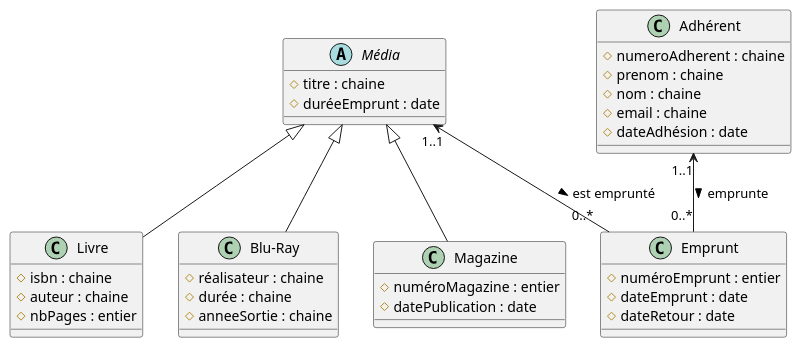
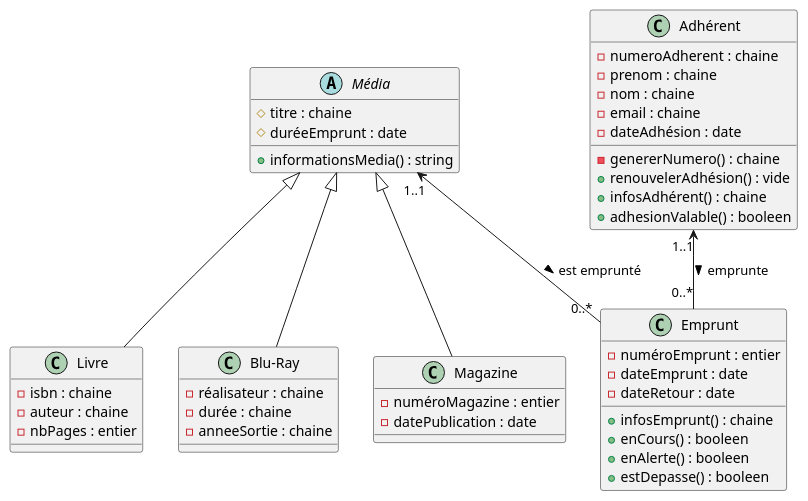
The diagram in documentation/diagrammeDeClasse.puml (thogio8/php-bibliotheque), drawn with PlantUML before and after one commit. The commit also changed 3 other files, not shown here.

```diff
--- a/documentation/diagrammeDeClasse.puml
+++ b/documentation/diagrammeDeClasse.puml
@@ -1,46 +1,55 @@
 @startuml
 
 abstract class "Média" as M{
     # titre : chaine
     # duréeEmprunt : date
+    + informationsMedia() : string
 }
 
 class "Livre" as L{
-    # isbn : chaine
-    # auteur : chaine
-    # nbPages : entier
+    - isbn : chaine
+    - auteur : chaine
+    - nbPages : entier
 }
 
 class "Blu-Ray" as BR{
-    # réalisateur : chaine
-    # durée : chaine
-    # anneeSortie : chaine
+    - réalisateur : chaine
+    - durée : chaine
+    - anneeSortie : chaine
 }
 
 class "Magazine" as Ma{
-    # numéroMagazine : entier
-    # datePublication : date
+    - numéroMagazine : entier
+    - datePublication : date
 }
 
 class "Adhérent" as A{
-    # numeroAdherent : chaine
-    # prenom : chaine
-    # nom : chaine
-    # email : chaine
-    # dateAdhésion : date
+    - numeroAdherent : chaine
+    - prenom : chaine
+    - nom : chaine
+    - email : chaine
+    - dateAdhésion : date
+    - genererNumero() : chaine
+    + renouvelerAdhésion() : vide
+    + infosAdhérent() : chaine
+    + adhesionValable() : booleen
 }
 
 class "Emprunt" as E{
-    # numéroEmprunt : entier
-    # dateEmprunt : date
-    # dateRetour : date
+    - numéroEmprunt : entier
+    - dateEmprunt : date
+    - dateRetour : date
+    + infosEmprunt() : chaine
+    + enCours() : booleen
+    + enAlerte() : booleen
+    + estDepasse() : booleen
 }
 
 M <|-- L
 M <|-- BR
 M <|-- Ma
 M "1..1" <-- "              0..*"E : est emprunté >
 A "1..1" <-- "0..*"E : emprunte >
 
 
 @enduml
```
